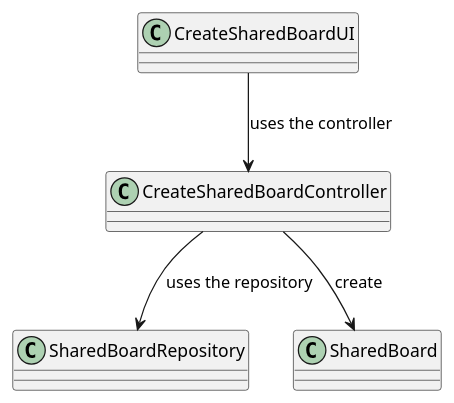
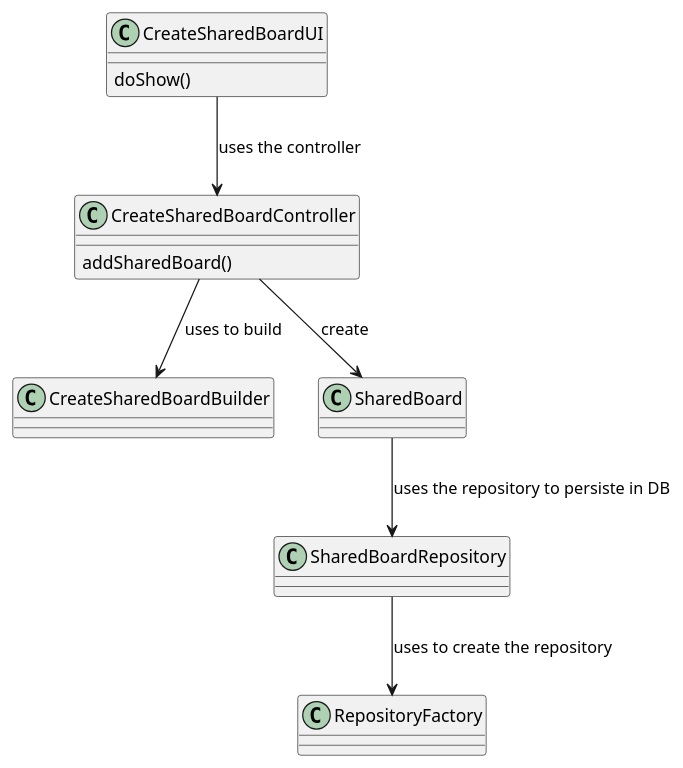
The diagram in docs/SPRINT B/US3002 - Create a Shared Board/Class_Diagram.puml (mascenso/isep-sem4-lapr4), drawn with PlantUML before and after one commit. The commit also changed 12 other files, not shown here.

```diff
--- a/docs/SPRINT B/US3002 - Create a Shared Board/Class_Diagram.puml
+++ b/docs/SPRINT B/US3002 - Create a Shared Board/Class_Diagram.puml
@@ -1,23 +1,31 @@
  @startuml
 
 class CreateSharedBoardUI  {
-
 }
 
 class CreateSharedBoardController {
+}
 
+class CreateSharedBoardBuilder {
 }
 
 class SharedBoardRepository {
-
 }
 
 class SharedBoard {
-
 }
 
+class RepositoryFactory {
+}
+
+CreateSharedBoardUI : doShow()
 CreateSharedBoardUI -down-> CreateSharedBoardController: uses the controller
-CreateSharedBoardController --> SharedBoardRepository: uses the repository
+
+CreateSharedBoardController : addSharedBoard()
+CreateSharedBoardController --> CreateSharedBoardBuilder : uses to build
 CreateSharedBoardController --> SharedBoard: create
 
+SharedBoard --> SharedBoardRepository: uses the repository to persiste in DB
+
+SharedBoardRepository --> RepositoryFactory : uses to create the repository
 @enduml
```
